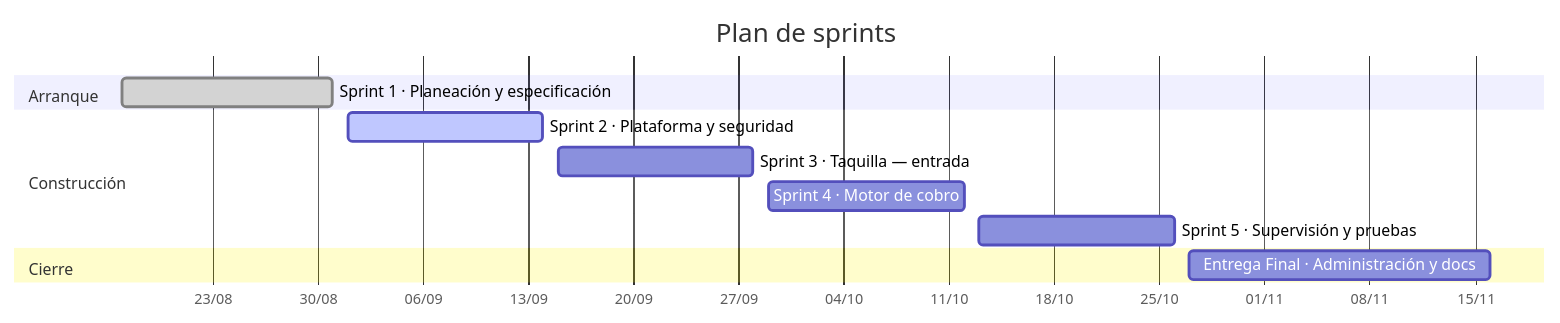
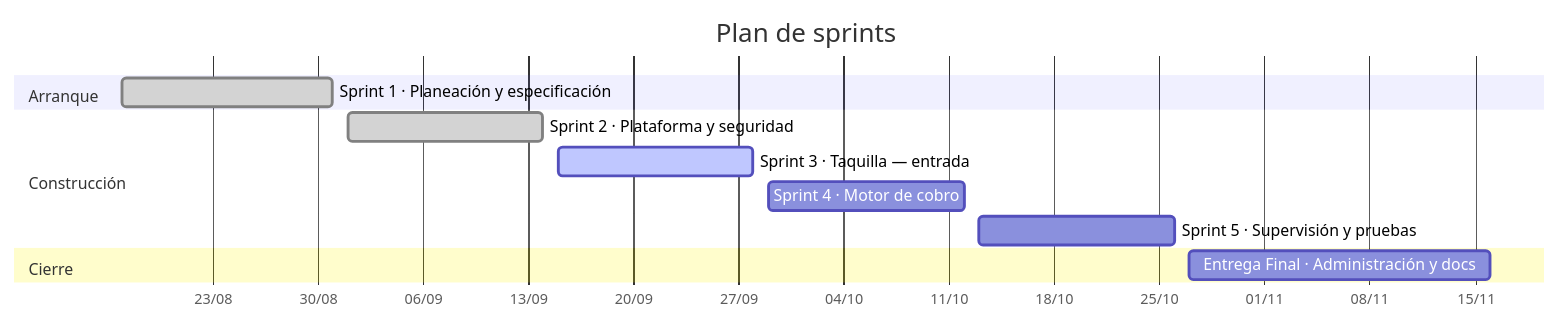
Before and after one commit to Alexander-hub-co/Fundamentos_Ing_SW: the diagram in Docs/Entrega-1/calendario.md, drawn with Mermaid. The commit also changed other lines of this file and 16 other files, not shown here.

````diff
--- a/Docs/Entrega-1/calendario.md
+++ b/Docs/Entrega-1/calendario.md
@@ -13,18 +13,18 @@
 ```mermaid
 gantt
     title Plan de sprints
     dateFormat YYYY-MM-DD
     axisFormat %d/%m
 
     section Arranque
     Sprint 1 · Planeación y especificación   :done, s1, 2026-08-17, 2026-08-31
 
     section Construcción
-    Sprint 2 · Plataforma y seguridad        :active, s2, 2026-09-01, 2026-09-14
-    Sprint 3 · Taquilla — entrada            :s3, 2026-09-15, 2026-09-28
+    Sprint 2 · Plataforma y seguridad        :done, s2, 2026-09-01, 2026-09-14
+    Sprint 3 · Taquilla — entrada            :active, s3, 2026-09-15, 2026-09-28
     Sprint 4 · Motor de cobro                :s4, 2026-09-29, 2026-10-12
     Sprint 5 · Supervisión y pruebas        :s5, 2026-10-13, 2026-10-26
 
     section Cierre
     Entrega Final · Administración y docs    :ef, 2026-10-27, 2026-11-16
 ```
````
